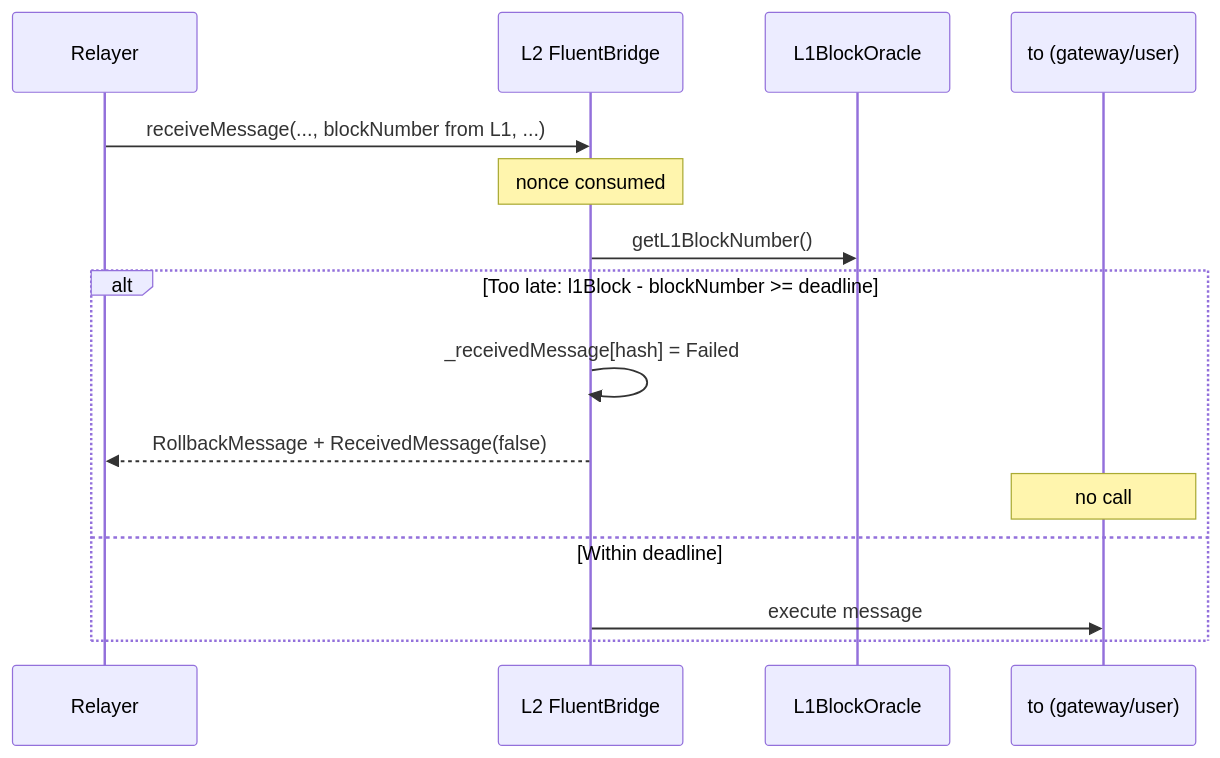
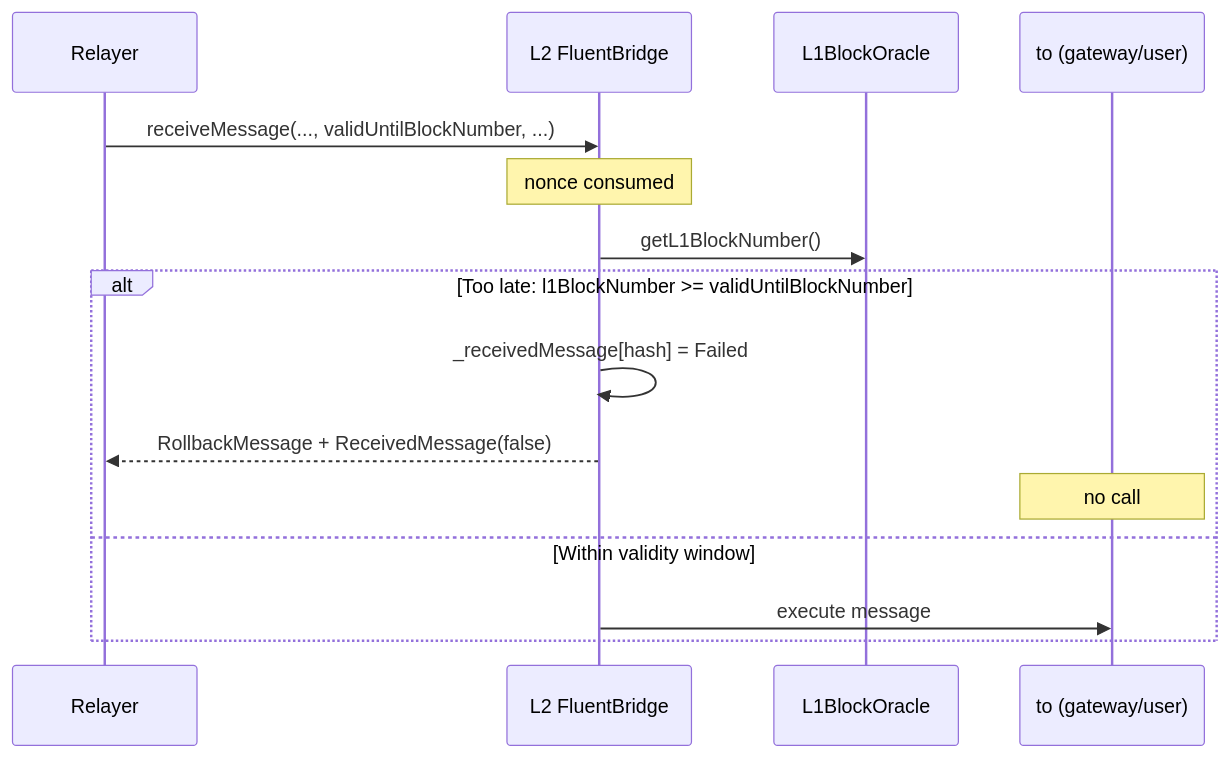
The third of 6 diagrams in docs/BridgeFailuresAndRollback.md (fluentlabs-xyz/solidity-contracts), drawn with Mermaid before and after one commit. The commit also changed other lines of this file and 22 other files, not shown here.

First line of the commit message:
fix(bridge): freeze receive deadline at send time

````diff
--- a/docs/BridgeFailuresAndRollback.md
+++ b/docs/BridgeFailuresAndRollback.md
@@ -86,18 +86,18 @@
 ```mermaid
 sequenceDiagram
     participant Relayer
     participant L2Bridge as L2 FluentBridge
     participant Oracle as L1BlockOracle
     participant Target as to (gateway/user)
 
-    Relayer->>L2Bridge: receiveMessage(..., blockNumber from L1, ...)
+    Relayer->>L2Bridge: receiveMessage(..., validUntilBlockNumber, ...)
     Note over L2Bridge: nonce consumed
     L2Bridge->>Oracle: getL1BlockNumber()
-    alt Too late: l1Block - blockNumber >= deadline
+    alt Too late: l1BlockNumber >= validUntilBlockNumber
         L2Bridge->>L2Bridge: _receivedMessage[hash] = Failed
         L2Bridge-->>Relayer: RollbackMessage + ReceivedMessage(false)
         Note over Target: no call
-    else Within deadline
+    else Within validity window
         L2Bridge->>Target: execute message
     end
 ```
````
